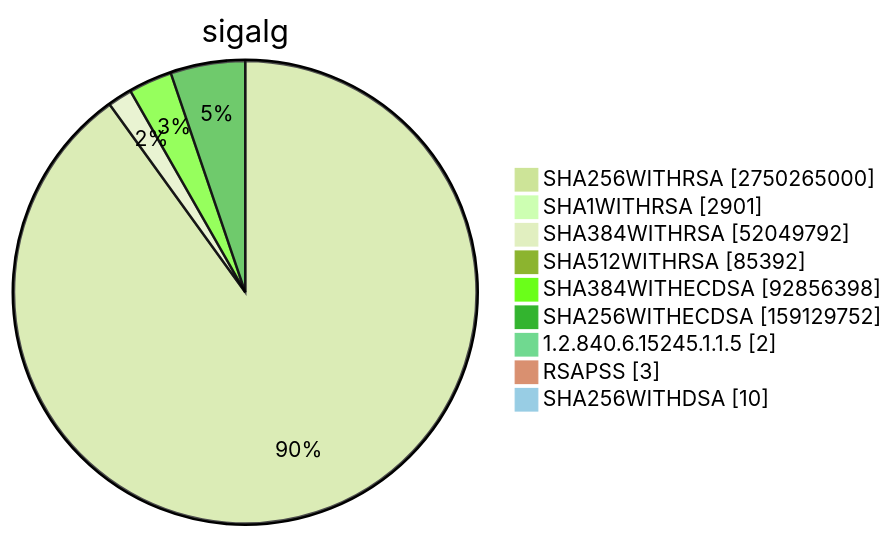
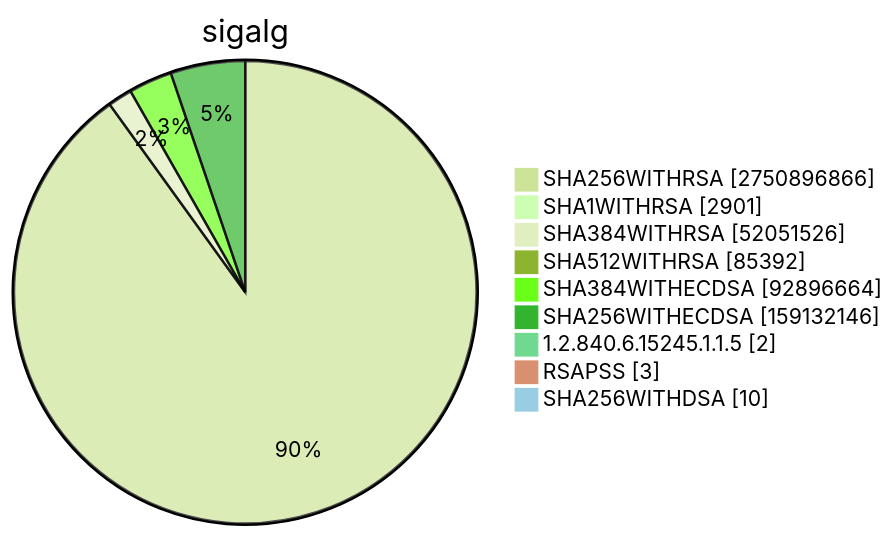
Diagram 15 of 15 in TOTAL/README.md (christiankrug/ctmonitor_visualization), drawn with Mermaid (forest theme) before and after one commit. The commit also changed other lines of this file, not shown here.

````diff
--- a/TOTAL/README.md
+++ b/TOTAL/README.md
@@ -6205,13 +6205,13 @@
 ```mermaid
 pie showData
 title sigalg
-"SHA256WITHRSA" :2750265000
+"SHA256WITHRSA" :2750896866
 "SHA1WITHRSA" :2901
-"SHA384WITHRSA" :52049792
+"SHA384WITHRSA" :52051526
 "SHA512WITHRSA" :85392
-"SHA384WITHECDSA" :92856398
-"SHA256WITHECDSA" :159129752
+"SHA384WITHECDSA" :92896664
+"SHA256WITHECDSA" :159132146
 "1.2.840.6.15245.1.1.5" :2
 "RSAPSS" :3
 "SHA256WITHDSA" :10
 ```
````
